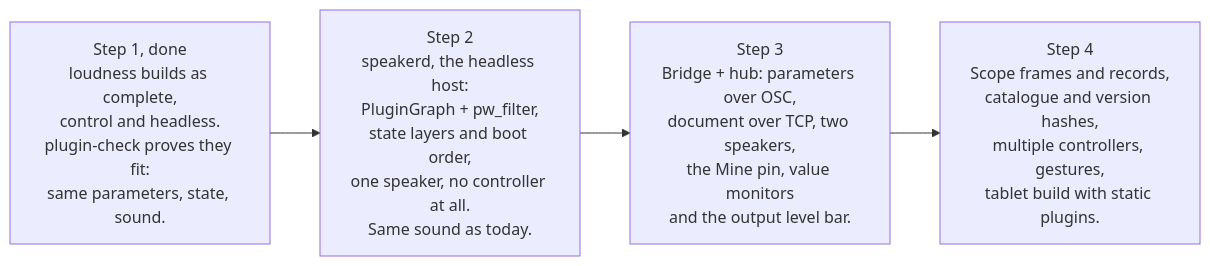
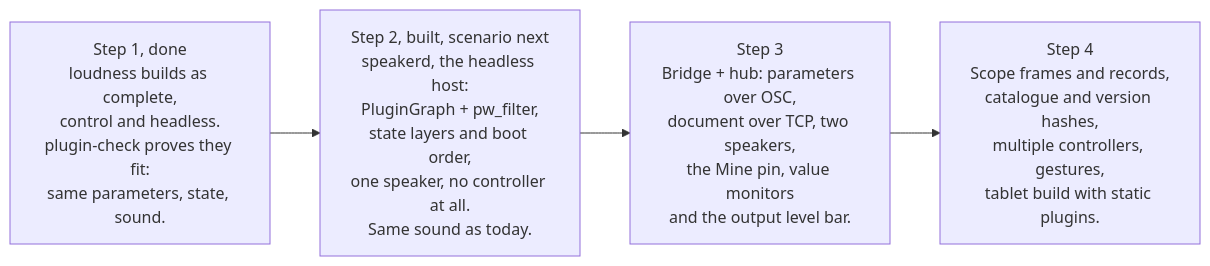
One commit to AMuszkat/bpi_amp_platform changed diagram 12 of 12 in docs/remote-plugin-host.md. Above: the diagram before and after it, drawn with Mermaid. The commit also changed other lines of this file and 21 other files, not shown here.

````diff
--- a/docs/remote-plugin-host.md
+++ b/docs/remote-plugin-host.md
@@ -760,6 +799,6 @@
 ```mermaid
 flowchart LR
-    s1["Step 1, done<br/>loudness builds as complete,<br/>control and headless.<br/>plugin-check proves they fit:<br/>same parameters, state, sound."] --> s2["Step 2<br/>speakerd, the headless host:<br/>PluginGraph + pw_filter,<br/>state layers and boot order,<br/>one speaker, no controller at all.<br/>Same sound as today."]
+    s1["Step 1, done<br/>loudness builds as complete,<br/>control and headless.<br/>plugin-check proves they fit:<br/>same parameters, state, sound."] --> s2["Step 2, built, scenario next<br/>speakerd, the headless host:<br/>PluginGraph + pw_filter,<br/>state layers and boot order,<br/>one speaker, no controller at all.<br/>Same sound as today."]
     s2 --> s3["Step 3<br/>Bridge + hub: parameters over OSC,<br/>document over TCP, two speakers,<br/>the Mine pin, value monitors<br/>and the output level bar."]
     s3 --> s4["Step 4<br/>Scope frames and records,<br/>catalogue and version hashes,<br/>multiple controllers, gestures,<br/>tablet build with static plugins."]
 ```
````
